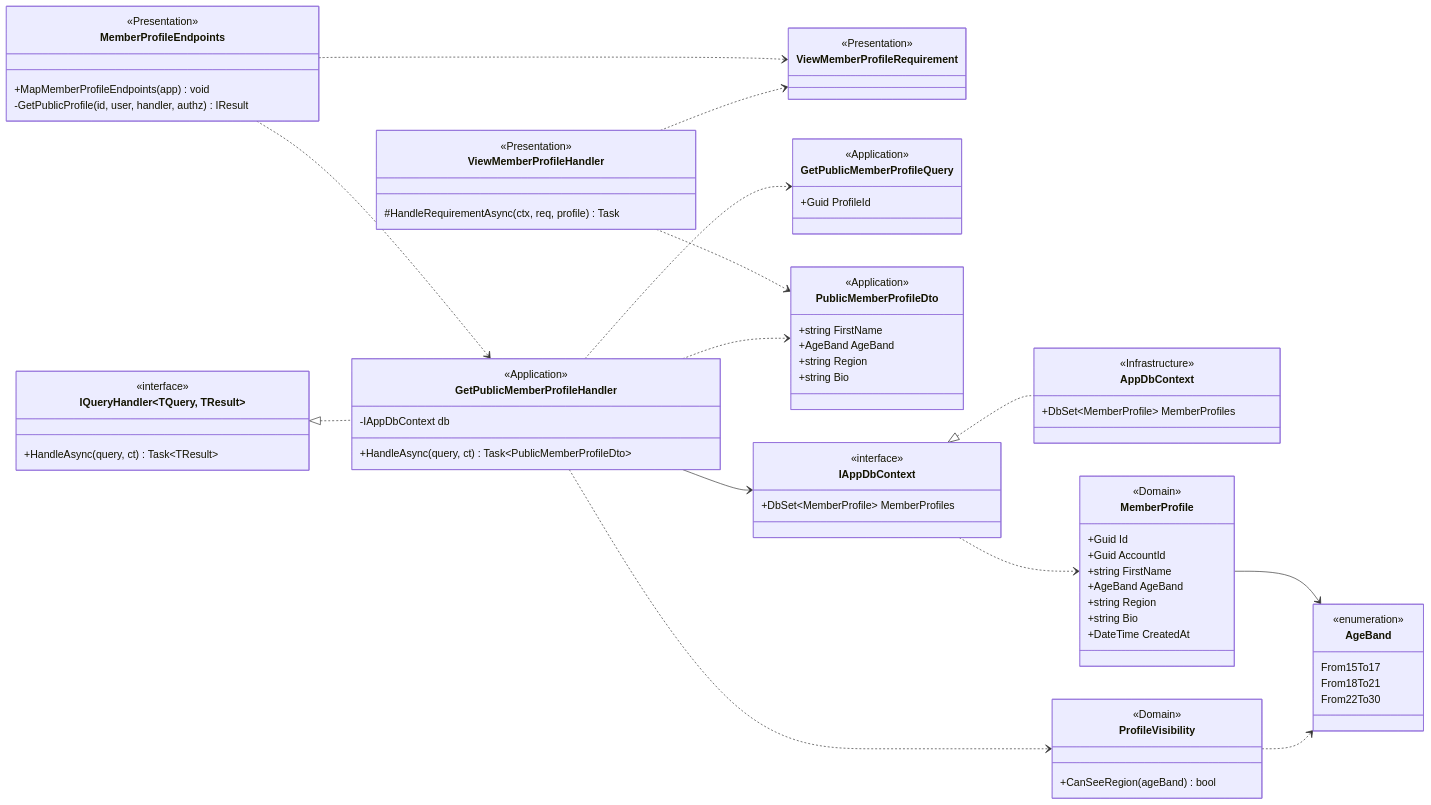
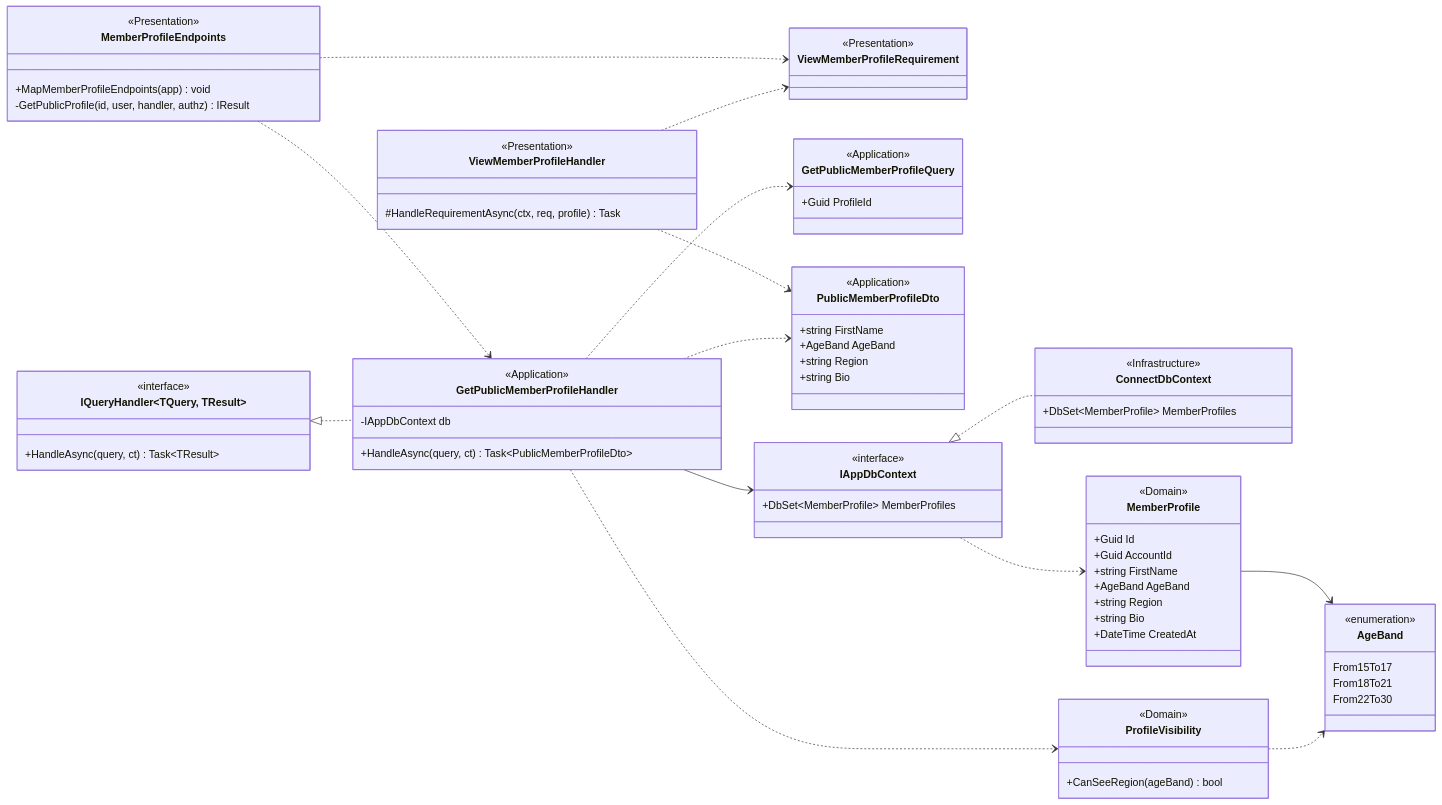
The fifth of 9 diagrams in docs/wesley/securityAndArchitecture.md (guruITA/connect-nine), drawn with Mermaid before and after one commit. The commit also changed other lines of this file and 4 other files, not shown here.

First line of the commit message:
docs(docs): name the DbContext ConnectDbContext, as the code does (#12)

````diff
--- a/docs/wesley/securityAndArchitecture.md
+++ b/docs/wesley/securityAndArchitecture.md
@@ -450,77 +450,77 @@
 ```mermaid
 classDiagram
     direction LR
     class MemberProfileEndpoints {
         <<Presentation>>
         +MapMemberProfileEndpoints(app) void
         -GetPublicProfile(id, user, handler, authz) IResult
     }
     class ViewMemberProfileRequirement {
         <<Presentation>>
     }
     class ViewMemberProfileHandler {
         <<Presentation>>
         #HandleRequirementAsync(ctx, req, profile) Task
     }
     class GetPublicMemberProfileQuery {
         <<Application>>
         +Guid ProfileId
     }
     class GetPublicMemberProfileHandler {
         <<Application>>
         -IAppDbContext db
         +HandleAsync(query, ct) Task~PublicMemberProfileDto~
     }
     class PublicMemberProfileDto {
         <<Application>>
         +string FirstName
         +AgeBand AgeBand
         +string Region
         +string Bio
     }
     class IQueryHandler~TQuery, TResult~ {
         <<interface>>
         +HandleAsync(query, ct) Task~TResult~
     }
     class IAppDbContext {
         <<interface>>
         +DbSet~MemberProfile~ MemberProfiles
     }
-    class AppDbContext {
+    class ConnectDbContext {
         <<Infrastructure>>
         +DbSet~MemberProfile~ MemberProfiles
     }
     class MemberProfile {
         <<Domain>>
         +Guid Id
         +Guid AccountId
         +string FirstName
         +AgeBand AgeBand
         +string Region
         +string Bio
         +DateTime CreatedAt
     }
     class ProfileVisibility {
         <<Domain>>
         +CanSeeRegion(ageBand) bool
     }
     class AgeBand {
         <<enumeration>>
         From15To17
         From18To21
         From22To30
     }
     MemberProfileEndpoints ..> GetPublicMemberProfileHandler
     MemberProfileEndpoints ..> ViewMemberProfileRequirement
     ViewMemberProfileHandler ..> ViewMemberProfileRequirement
     ViewMemberProfileHandler ..> PublicMemberProfileDto
     IQueryHandler <|.. GetPublicMemberProfileHandler
     GetPublicMemberProfileHandler ..> GetPublicMemberProfileQuery
     GetPublicMemberProfileHandler ..> PublicMemberProfileDto
     GetPublicMemberProfileHandler --> IAppDbContext
     GetPublicMemberProfileHandler ..> ProfileVisibility
-    IAppDbContext <|.. AppDbContext
+    IAppDbContext <|.. ConnectDbContext
     IAppDbContext ..> MemberProfile
     MemberProfile --> AgeBand
     ProfileVisibility ..> AgeBand
 ```
````
